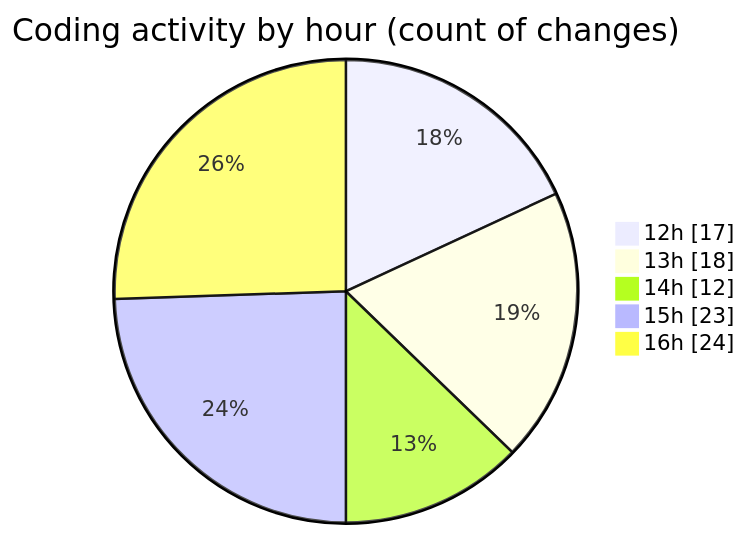
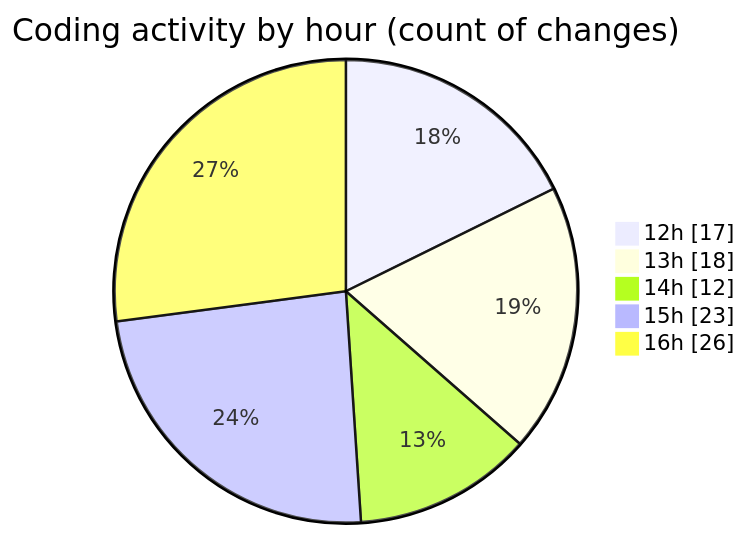
Before and after one commit to CELIANVF/code-tracking: the second of 2 diagrams in 2025-06-01/video_app/README.md, drawn with Mermaid. The commit also changed other lines of this file and 1 other file, not shown here.

````diff
--- a/2025-06-01/video_app/README.md
+++ b/2025-06-01/video_app/README.md
@@ -38,9 +38,9 @@
 ```mermaid
 pie showData
 title Coding activity by hour (count of changes)
 "12h" : 17
 "13h" : 18
 "14h" : 12
 "15h" : 23
-"16h" : 24
+"16h" : 26
 ```
````
